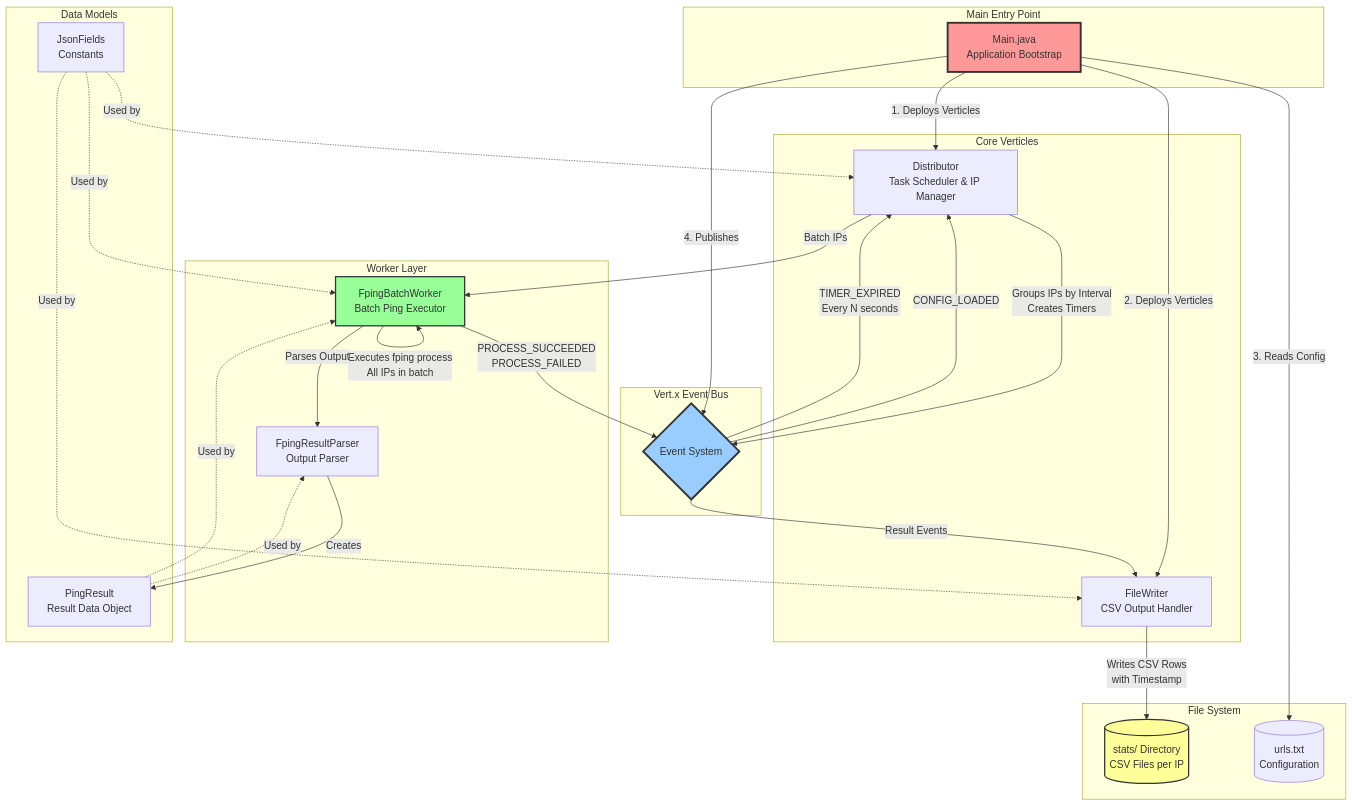
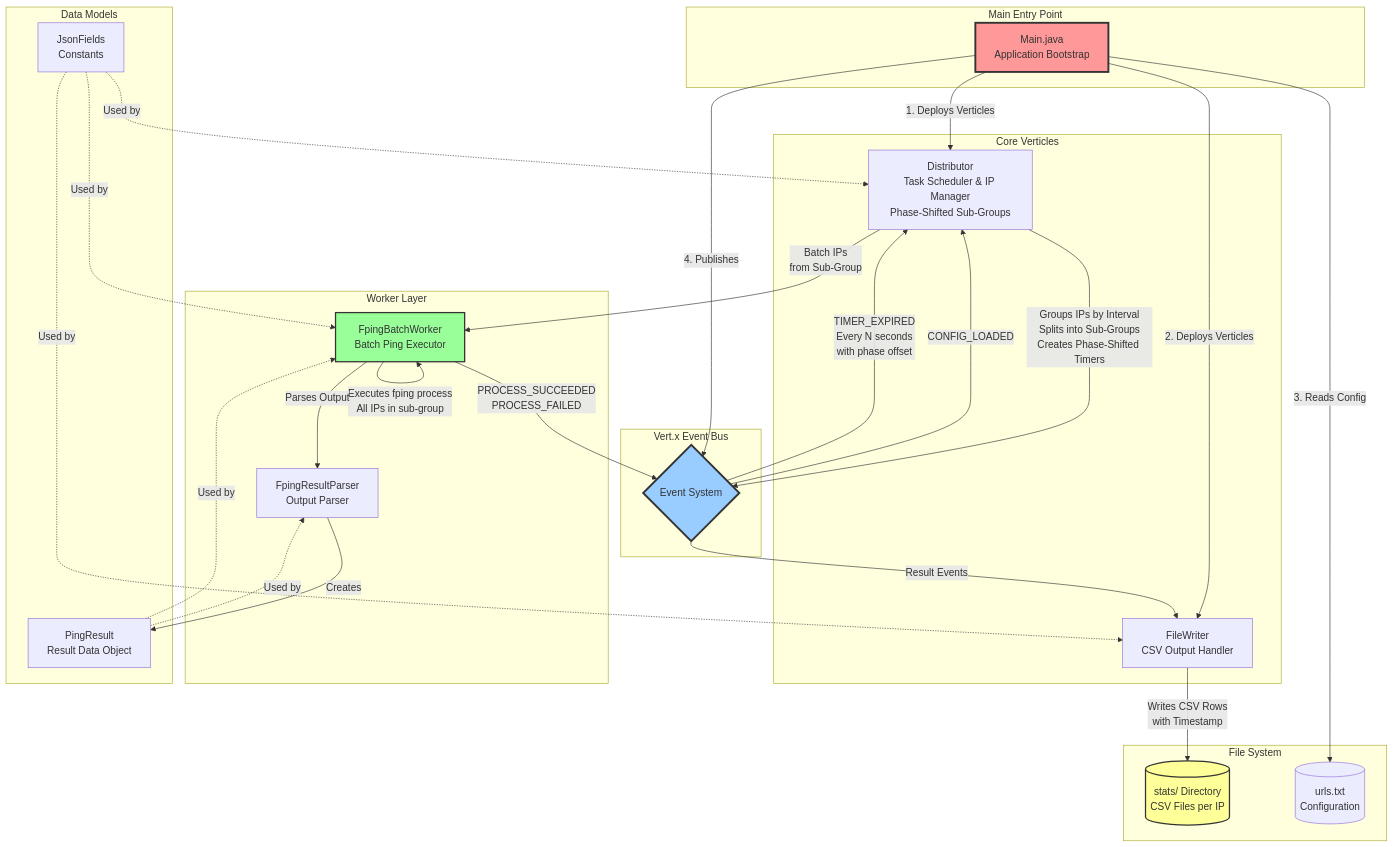
Before and after one commit to PremModhaOfficial/urlPoller: the first of 7 diagrams in architecture.md, drawn with Mermaid. The commit also changed other lines of this file and 19 other files, not shown here.

````diff
--- a/architecture.md
+++ b/architecture.md
@@ -5,60 +5,60 @@
 ```mermaid
 flowchart TB
     subgraph Main["Main Entry Point"]
         A[Main.java<br/>Application Bootstrap]
     end
     
     subgraph Verticles["Core Verticles"]
-        B[Distributor<br/>Task Scheduler & IP Manager]
+        B[Distributor<br/>Task Scheduler & IP Manager<br/>Phase-Shifted Sub-Groups]
         C[FileWriter<br/>CSV Output Handler]
     end
     
     subgraph Workers["Worker Layer"]
         D[FpingBatchWorker<br/>Batch Ping Executor]
         E[FpingResultParser<br/>Output Parser]
     end
     
     subgraph Models["Data Models"]
         F[PingResult<br/>Result Data Object]
         G[JsonFields<br/>Constants]
     end
     
     subgraph EventBus["Vert.x Event Bus"]
         H{Event System}
     end
     
     subgraph Storage["File System"]
         I[(stats/ Directory<br/>CSV Files per IP)]
         J[(urls.txt<br/>Configuration)]
     end
     
     A -->|1. Deploys Verticles| B
     A -->|2. Deploys Verticles| C
     A -->|3. Reads Config| J
     A -->|4. Publishes| H
     
     H -->|CONFIG_LOADED| B
-    B -->|Groups IPs by Interval<br/>Creates Timers| H
-    H -->|TIMER_EXPIRED<br/>Every N seconds| B
+    B -->|Groups IPs by Interval<br/>Splits into Sub-Groups<br/>Creates Phase-Shifted Timers| H
+    H -->|TIMER_EXPIRED<br/>Every N seconds<br/>with phase offset| B
     
-    B -->|Batch IPs| D
-    D -->|Executes fping process<br/>All IPs in batch| D
+    B -->|Batch IPs<br/>from Sub-Group| D
+    D -->|Executes fping process<br/>All IPs in sub-group| D
     D -->|Parses Output| E
     E -->|Creates| F
     
     D -->|PROCESS_SUCCEEDED<br/>PROCESS_FAILED| H
     H -->|Result Events| C
     
     C -->|Writes CSV Rows<br/>with Timestamp| I
     
     F -.->|Used by| E
     F -.->|Used by| D
     G -.->|Used by| B
     G -.->|Used by| C
     G -.->|Used by| D
 
     style A fill:#ff9999,stroke:#333,stroke-width:3px
     style H fill:#99ccff,stroke:#333,stroke-width:3px
     style D fill:#99ff99,stroke:#333,stroke-width:2px
     style I fill:#ffff99,stroke:#333,stroke-width:2px
 ```
````
